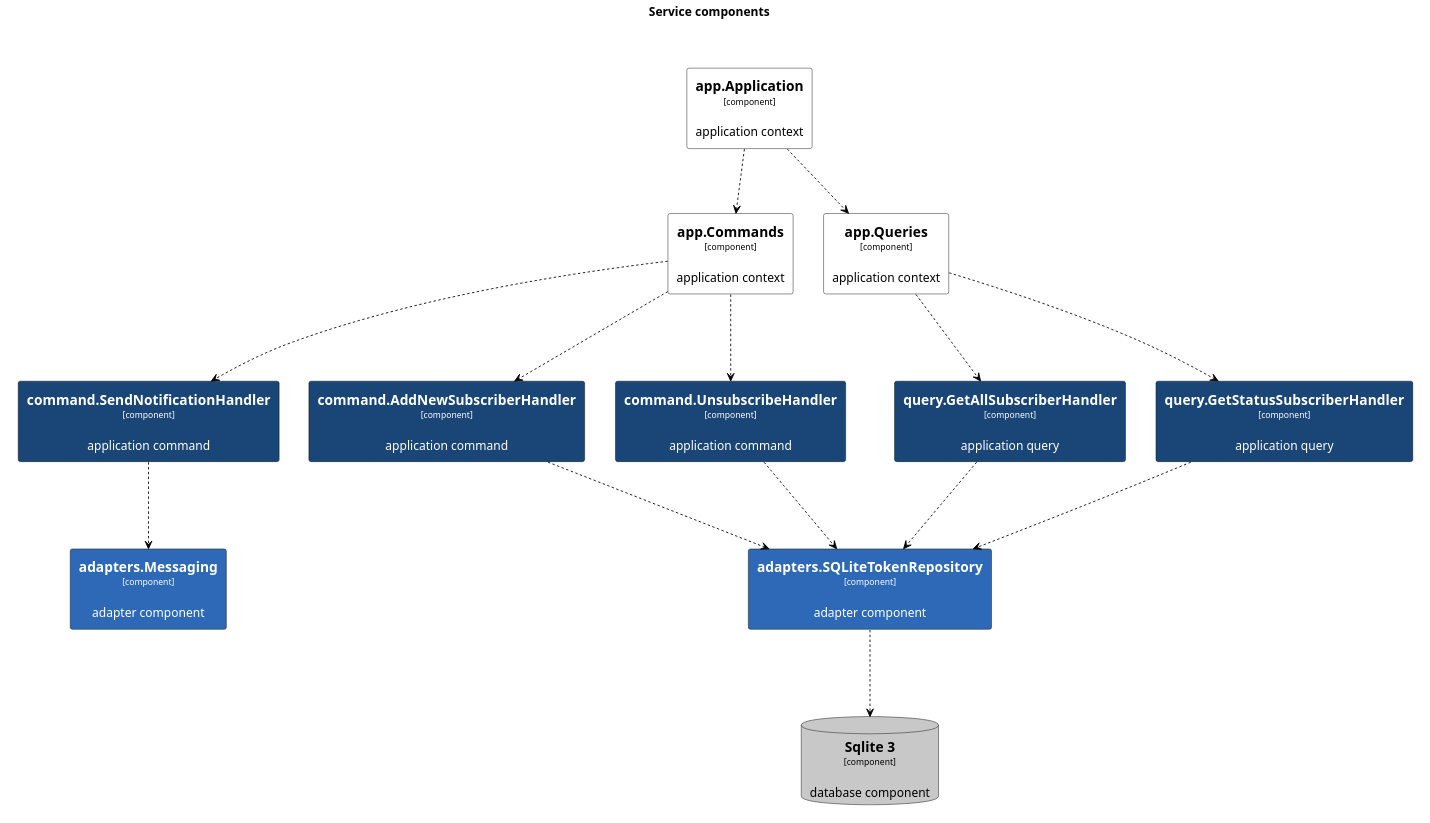
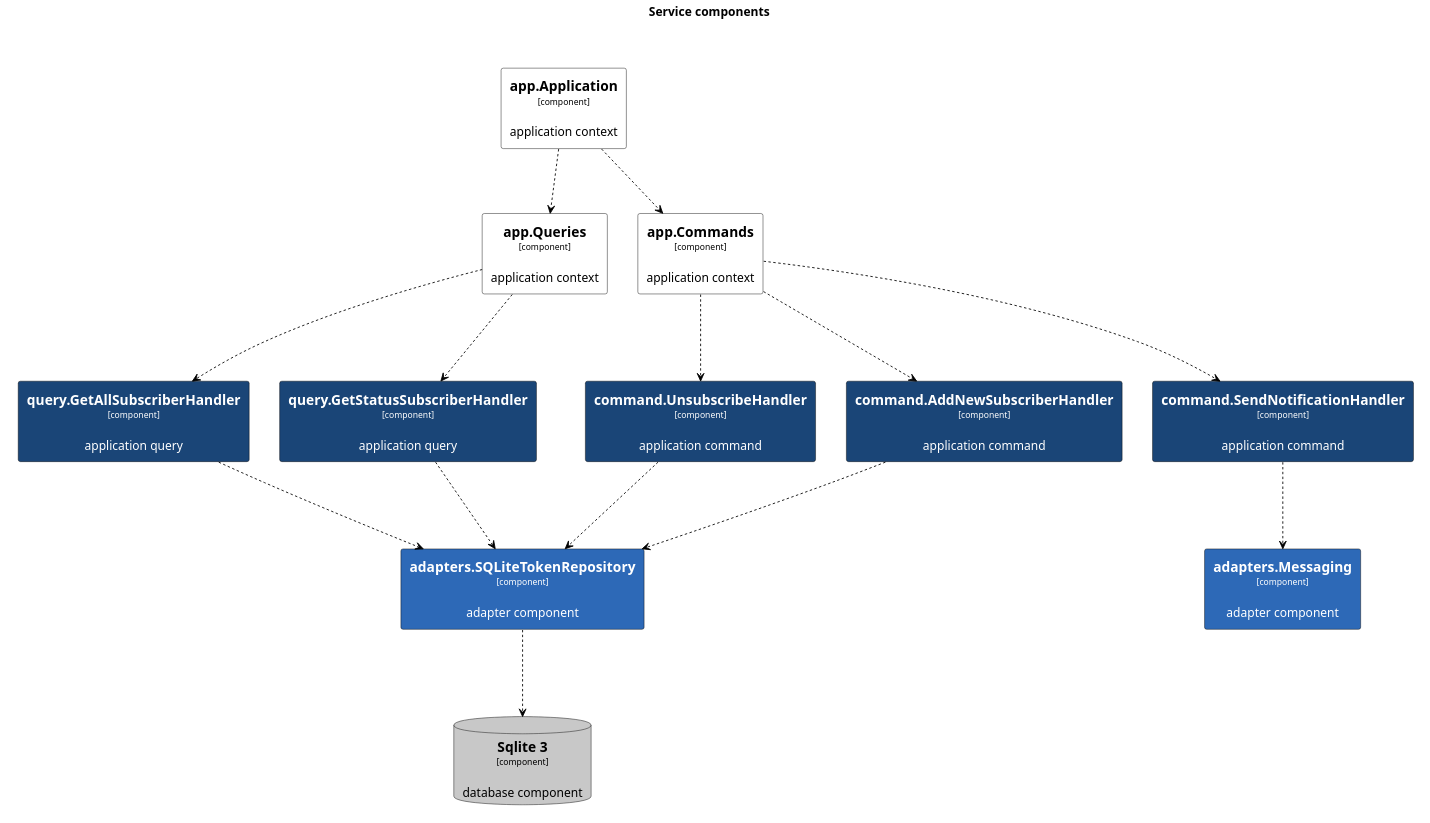
One commit to jerensl/api.jerenslensun.com changed the diagram in tools/c4/out/view-notification.plantuml. Above: the diagram before and after it, drawn with PlantUML. The commit also changed 6 other files, not shown here.

```diff
--- a/tools/c4/out/view-notification.plantuml
+++ b/tools/c4/out/view-notification.plantuml
@@ -4,98 +4,98 @@
 @startuml
 
 title Service components
 
 skinparam {
   shadowing false
   arrowFontSize 10
   defaultTextAlignment center
   wrapWidth 200
   maxMessageSize 100
 }
 hide stereotype
 top to bottom direction
 
 scale 4096 width
 
 skinparam rectangle<<_GROUP>> {
   FontColor #ffffff
   BorderColor #ffffff
 }
 
 skinparam rectangle<<ROOT>> {
   BackgroundColor #ffffff
   FontColor #000000
   BorderColor #000000
 }
 
 skinparam rectangle<<APP>> {
   BackgroundColor #1a4577
   FontColor #ffffff
   BorderColor #000000
 }
 
 skinparam rectangle<<ADAPTER>> {
   BackgroundColor #2d69b7
   FontColor #ffffff
   BorderColor #000000
 }
 
 skinparam rectangle<<DOMAIN>> {
   BackgroundColor #ffffff
   FontColor #000000
   BorderColor #000000
 }
 
 skinparam database<<DB>> {
   BackgroundColor #c8c8c8
   FontColor #000000
   BorderColor #000000
 }
 
 rectangle 0ROOT <<_GROUP>> {
-	rectangle "==app.Commands\n<size:10>[component]</size>\n\napplication context" <<ROOT>> as 2640234945
+	rectangle "==app.Application\n<size:10>[component]</size>\n\napplication context" <<ROOT>> as 3014183467
 }
 rectangle 0ROOT <<_GROUP>> {
 	rectangle "==app.Queries\n<size:10>[component]</size>\n\napplication context" <<ROOT>> as 1654094325
 }
 rectangle 0ROOT <<_GROUP>> {
-	rectangle "==app.Application\n<size:10>[component]</size>\n\napplication context" <<ROOT>> as 3014183467
+	rectangle "==app.Commands\n<size:10>[component]</size>\n\napplication context" <<ROOT>> as 2640234945
 }
+3014183467 .[#000000].> 2640234945 : ""
+3014183467 .[#000000].> 1654094325 : ""
 rectangle 16540943251APP <<_GROUP>> {
 	rectangle "==query.GetStatusSubscriberHandler\n<size:10>[component]</size>\n\napplication query" <<APP>> as 1339924498
 }
 1654094325 .[#000000].> 1339924498 : ""
 rectangle 16540943251APP <<_GROUP>> {
 	rectangle "==query.GetAllSubscriberHandler\n<size:10>[component]</size>\n\napplication query" <<APP>> as 1245755489
 }
 1654094325 .[#000000].> 1245755489 : ""
-3014183467 .[#000000].> 2640234945 : ""
-3014183467 .[#000000].> 1654094325 : ""
 rectangle 26402349451APP <<_GROUP>> {
 	rectangle "==command.AddNewSubscriberHandler\n<size:10>[component]</size>\n\napplication command" <<APP>> as 256448832
 }
 2640234945 .[#000000].> 256448832 : ""
 rectangle 26402349451APP <<_GROUP>> {
 	rectangle "==command.SendNotificationHandler\n<size:10>[component]</size>\n\napplication command" <<APP>> as 2889279572
 }
 2640234945 .[#000000].> 2889279572 : ""
 rectangle 26402349451APP <<_GROUP>> {
 	rectangle "==command.UnsubscribeHandler\n<size:10>[component]</size>\n\napplication command" <<APP>> as 3563315582
 }
 2640234945 .[#000000].> 3563315582 : ""
-rectangle 2564488322ADAPTER <<_GROUP>> {
+rectangle 12457554892ADAPTER <<_GROUP>> {
 	rectangle "==adapters.SQLiteTokenRepository\n<size:10>[component]</size>\n\nadapter component" <<ADAPTER>> as 1114428475
 }
+1245755489 .[#000000].> 1114428475 : ""
 256448832 .[#000000].> 1114428475 : ""
 rectangle 28892795722ADAPTER <<_GROUP>> {
 	rectangle "==adapters.Messaging\n<size:10>[component]</size>\n\nadapter component" <<ADAPTER>> as 1121295562
 }
 2889279572 .[#000000].> 1121295562 : ""
 3563315582 .[#000000].> 1114428475 : ""
 1339924498 .[#000000].> 1114428475 : ""
-1245755489 .[#000000].> 1114428475 : ""
 rectangle 11144284753DB <<_GROUP>> {
 	database "==Sqlite 3\n<size:10>[component]</size>\n\ndatabase component" <<DB>> as 2896215565
 }
 1114428475 .[#000000].> 2896215565 : ""
 @enduml
```
